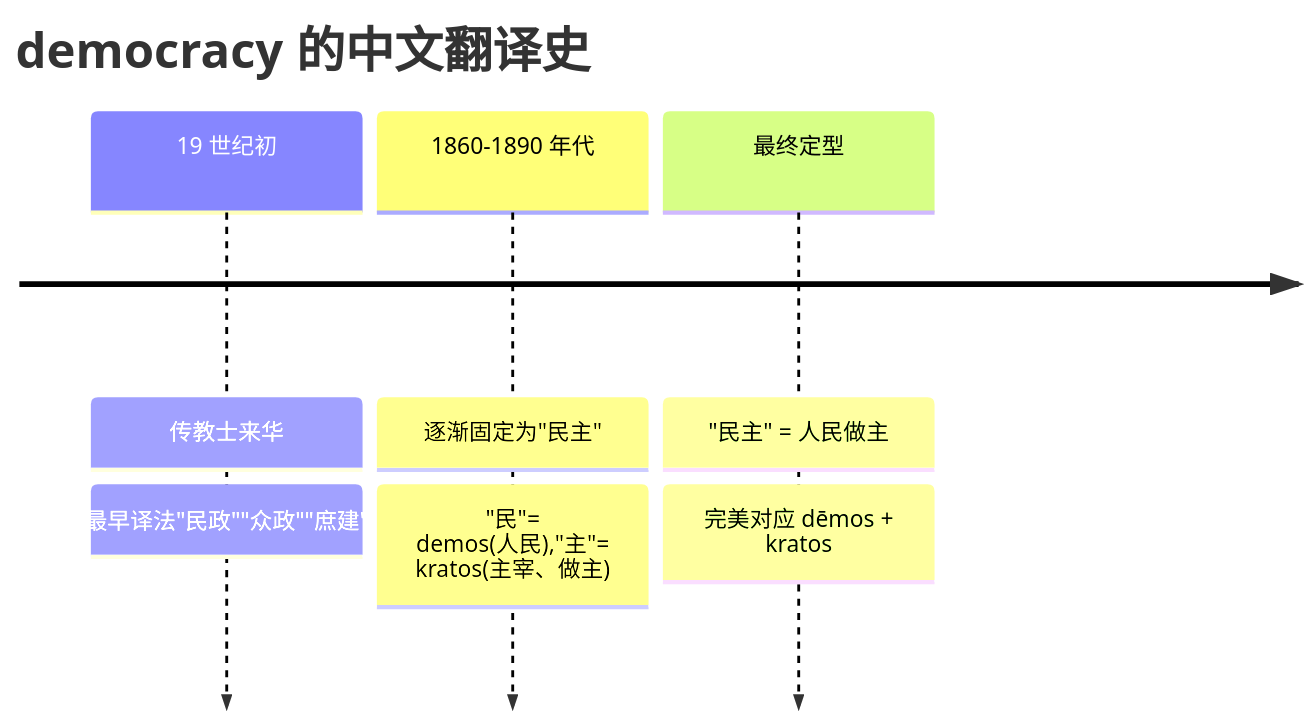
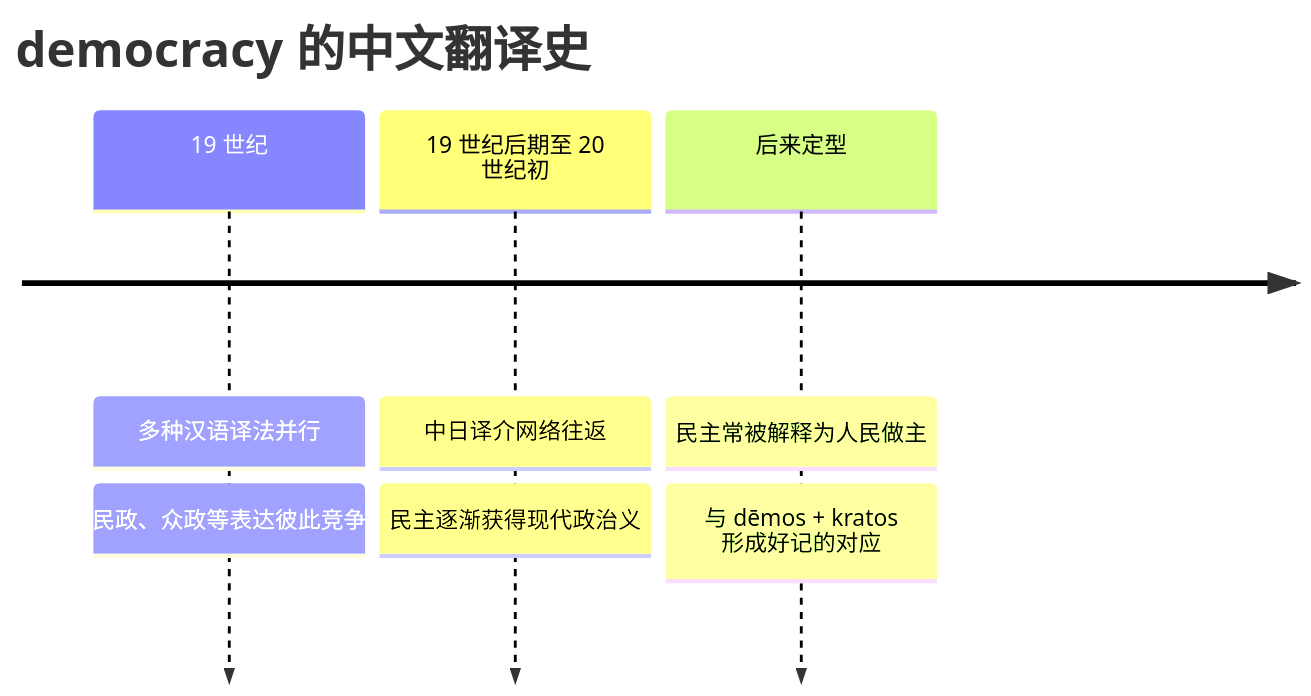
Before and after one commit to swiftczz/roots-affixes-book: the second of 2 diagrams in 03-希腊之光/第16章-民主的词根：demos, kratos.md, drawn with Mermaid. The commit also changed other lines of this file and 34 other files, not shown here.

````diff
--- a/03-希腊之光/第16章-民主的词根：demos, kratos.md
+++ b/03-希腊之光/第16章-民主的词根：demos, kratos.md
@@ -164,7 +164,7 @@
 ```mermaid
 timeline
     title democracy 的中文翻译史
-    19 世纪初 : 传教士来华 : 最早译法"民政""众政""庶建"
-    1860-1890 年代 : 逐渐固定为"民主" : "民"= demos(人民),"主"= kratos(主宰、做主)
-    最终定型 : "民主" = 人民做主 : 完美对应 dēmos + kratos
+    19 世纪 : 多种汉语译法并行 : 民政、众政等表达彼此竞争
+    19 世纪后期至 20 世纪初 : 中日译介网络往返 : 民主逐渐获得现代政治义
+    后来定型 : 民主常被解释为人民做主 : 与 dēmos + kratos 形成好记的对应
 ```
````
